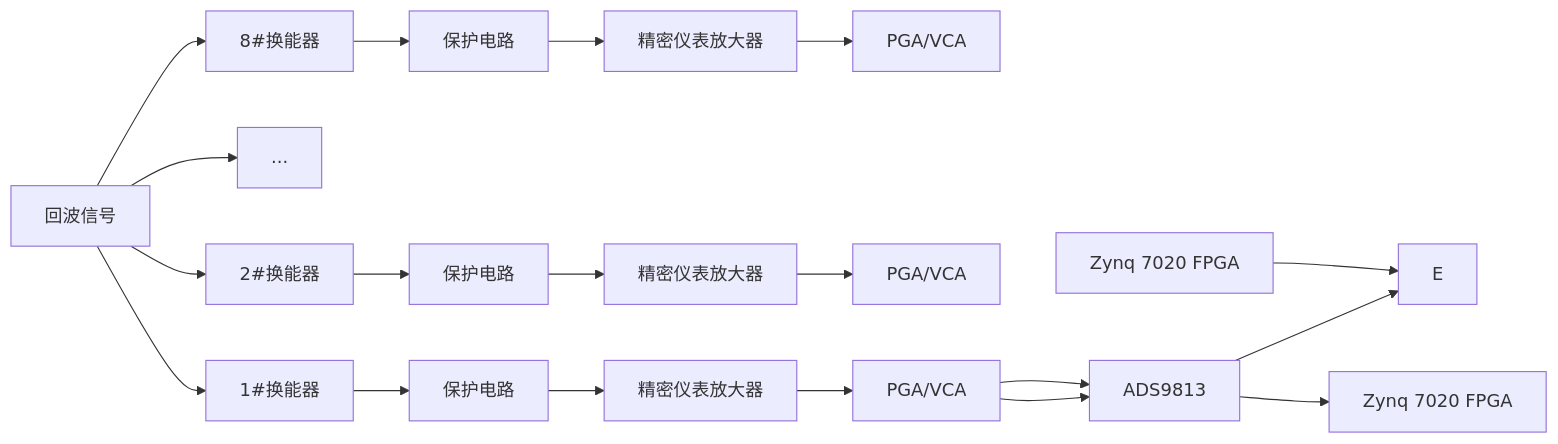
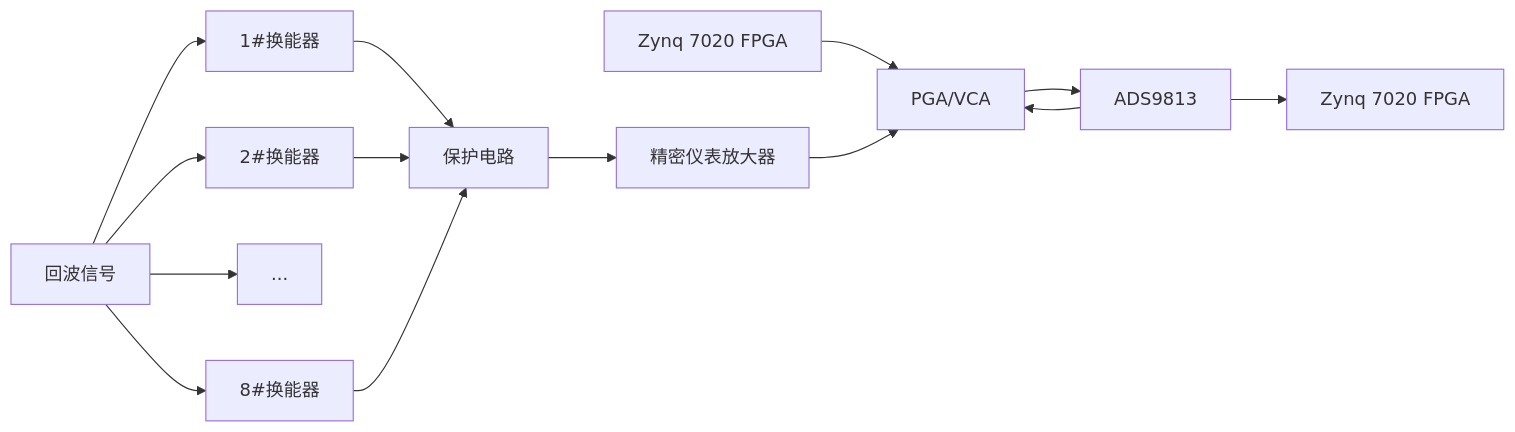
One commit to Rukawa15/iodraw-files changed the diagram in all/多通道同步采集-1.md. Above: the diagram before and after it, drawn with Mermaid.

Commit message:
2025-06-19 14:12:14 update

````diff
--- a/all/多通道同步采集-1.md
+++ b/all/多通道同步采集-1.md
@@ -1,24 +1,18 @@
 ```mermaid
 graph LR
 A[回波信号]
 A --> B1[1#换能器]
 A --> B2[2#换能器]
 A --> ...
 A --> B8[8#换能器]
 B1 --> C1[保护电路]
-B2 --> C2[保护电路]
-B8 --> C8[保护电路]
+B2 --> C1[保护电路]
+B8 --> C1[保护电路]
 H[Zynq 7020 FPGA] --> E
-C1 --> D1[精密仪表放大器]
-C2 --> D2[精密仪表放大器] 
-C8 --> D8[精密仪表放大器] 
-D1 --> E1[PGA/VCA]
-D2 --> E2[PGA/VCA] 
-D8 --> E8[PGA/VCA] 
-E1 --> F[ADS9813]
-E1 --> F[ADS9813] 
-
+C1 --> D[精密仪表放大器] 
+D --> E[PGA/VCA] 
+E --> F[ADS9813] 
 F --> G[Zynq 7020 FPGA]
 F --> E
 
 ```
````
